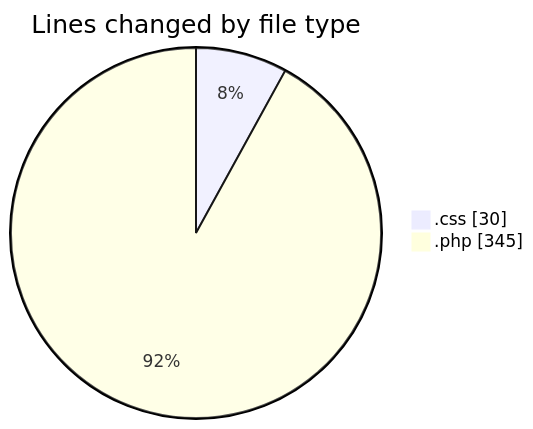
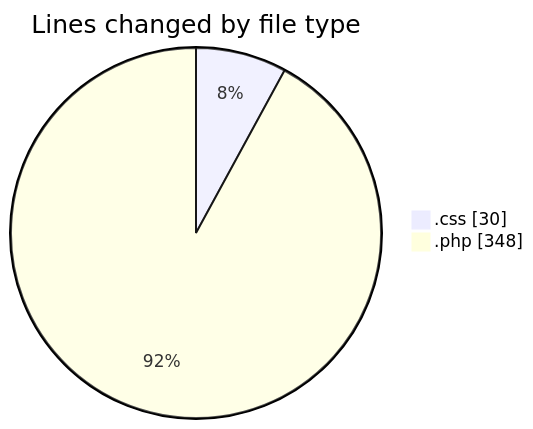
The first of 2 diagrams in 2026-03-20/designexo-child/README.md (momahboobian/code-tracking), drawn with Mermaid before and after one commit. The commit also changed other lines of this file and 1 other file, not shown here.

````diff
--- a/2026-03-20/designexo-child/README.md
+++ b/2026-03-20/designexo-child/README.md
@@ -25,6 +25,6 @@
 ```mermaid
 pie showData
 title Lines changed by file type
 ".css" : 30
-".php" : 345
+".php" : 348
 ```
````
